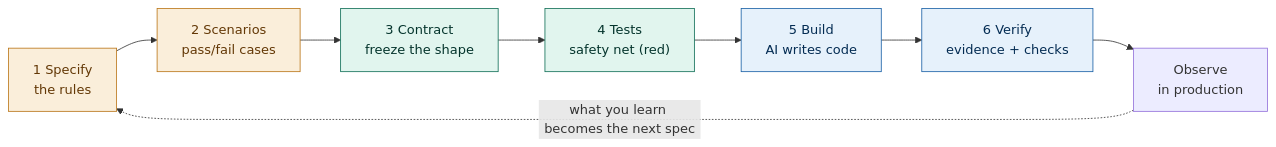
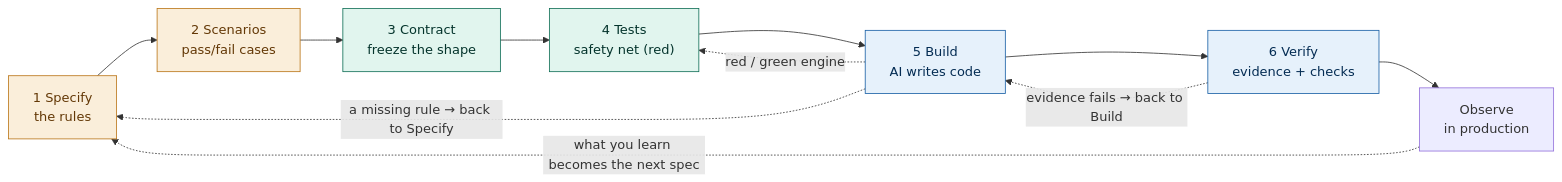
One commit to imnortheastt/ADD changed the diagram in 02-the-flow.md. Above: the diagram before and after it, drawn with Mermaid. The commit also changed other lines of this file and 12 other files, not shown here.

````diff
--- a/02-the-flow.md
+++ b/02-the-flow.md
@@ -13,16 +13,19 @@
 ```mermaid
 flowchart LR
   S1["1 Specify<br/>the rules"] --> S2["2 Scenarios<br/>pass/fail cases"]
   S2 --> S3["3 Contract<br/>freeze the shape"]
   S3 --> S4["4 Tests<br/>safety net (red)"]
   S4 --> S5["5 Build<br/>AI writes code"]
   S5 --> S6["6 Verify<br/>evidence + checks"]
   S6 --> OBS["Observe<br/>in production"]
+  S5 -. "red / green engine" .-> S4
+  S6 -. "evidence fails → back to Build" .-> S5
+  S5 -. "a missing rule → back to Specify" .-> S1
   OBS -. "what you learn becomes the next spec" .-> S1
   classDef human fill:#FAEEDA,stroke:#BA7517,color:#633806;
   classDef seam fill:#E1F5EE,stroke:#0F6E56,color:#04342C;
   classDef machine fill:#E6F1FB,stroke:#185FA5,color:#042C53;
   class S1,S2 human;
   class S3,S4 seam;
   class S5,S6 machine;
 ```
````
